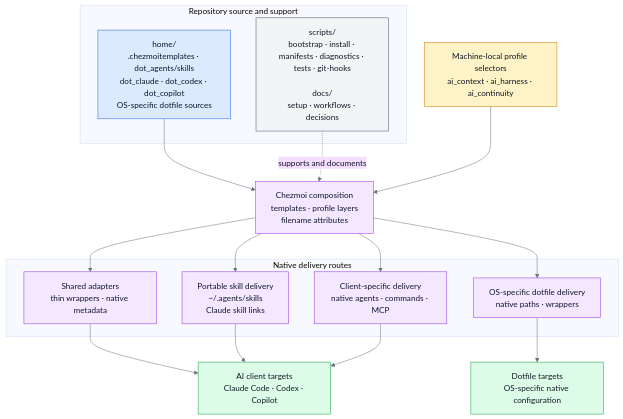
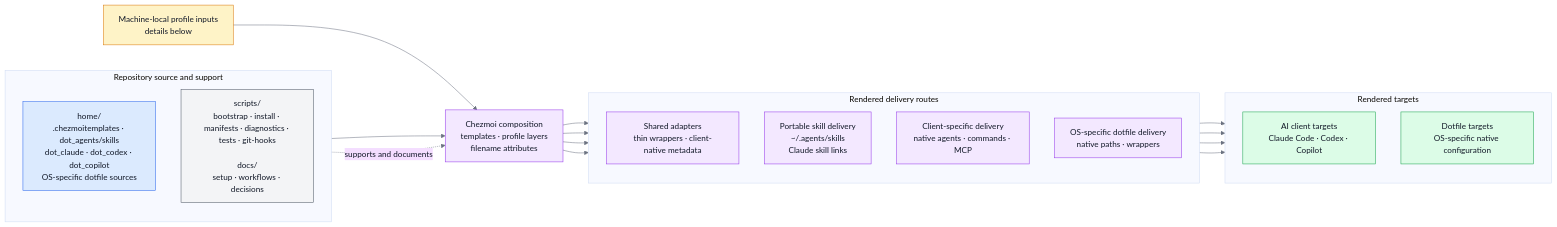
Before and after one commit to sherrilla71940/dotfiles: the first of 4 diagrams in README.md, drawn with Mermaid. The commit also changed other lines of this file and 1 other file, not shown here.

Commit message:
docs(readme): refine diagram boundaries

````diff
--- a/README.md
+++ b/README.md
@@ -46,35 +46,45 @@
 ```mermaid
 %%{init: {"theme": "base", "themeVariables": {"primaryTextColor": "#111827", "nodeTextColor": "#111827", "textColor": "#111827", "lineColor": "#6b7280"}, "flowchart": {"useMaxWidth": true}}}%%
-flowchart TB
-    selectors["Machine-local profile selectors<br/>ai_context · ai_harness · ai_continuity"]:::choice
+flowchart LR
 
     subgraph repository["Repository source and support"]
+        direction TB
         home["home/<br/>.chezmoitemplates · dot_agents/skills<br/>dot_claude · dot_codex · dot_copilot<br/>OS-specific dotfile sources"]:::source
         support["scripts/<br/>bootstrap · install · manifests · diagnostics · tests · git-hooks<br/><br/>docs/<br/>setup · workflows · decisions"]:::support
     end
 
+    profile["Machine-local profile inputs<br/>details below"]:::choice
     compose["Chezmoi composition<br/>templates · profile layers<br/>filename attributes"]:::process
 
-    subgraph routes["Native delivery routes"]
-        sharedRoute["Shared adapters<br/>thin wrappers · native metadata"]:::process
+    subgraph routes["Rendered delivery routes"]
+        direction TB
+        sharedRoute["Shared adapters<br/>thin wrappers · client-native metadata"]:::process
         portableRoute["Portable skill delivery<br/>~/.agents/skills<br/>Claude skill links"]:::process
         clientRoute["Client-specific delivery<br/>native agents · commands · MCP"]:::process
         osRoute["OS-specific dotfile delivery<br/>native paths · wrappers"]:::process
     end
 
-    aiTargets["AI client targets<br/>Claude Code · Codex · Copilot"]:::target
-    developerTargets["Dotfile targets<br/>OS-specific native configuration"]:::target
+    subgraph targets["Rendered targets"]
+        direction TB
+        aiTargets["AI client targets<br/>Claude Code · Codex · Copilot"]:::target
+        developerTargets["Dotfile targets<br/>OS-specific native configuration"]:::target
+    end
+
     home --> compose
-    selectors --> compose
+    profile --> compose
     support -. "supports and documents" .-> compose
-    compose --> sharedRoute --> aiTargets
-    compose --> portableRoute --> aiTargets
-    compose --> clientRoute --> aiTargets
-    compose --> osRoute --> developerTargets
+    compose --> sharedRoute
+    compose --> portableRoute
+    compose --> clientRoute
+    compose --> osRoute
+    sharedRoute --> aiTargets
+    portableRoute --> aiTargets
+    clientRoute --> aiTargets
+    osRoute --> developerTargets
 
     classDef source fill:#dbeafe,stroke:#2563eb,color:#111827
     classDef choice fill:#fef3c7,stroke:#d97706,color:#111827
     classDef process fill:#f3e8ff,stroke:#9333ea,color:#111827
     classDef target fill:#dcfce7,stroke:#16a34a,color:#111827
     classDef support fill:#f3f4f6,stroke:#4b5563,color:#111827
 ```
````
